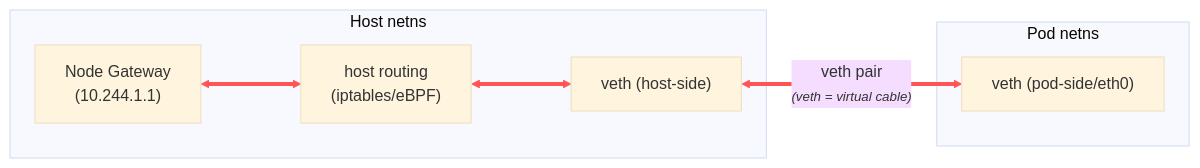
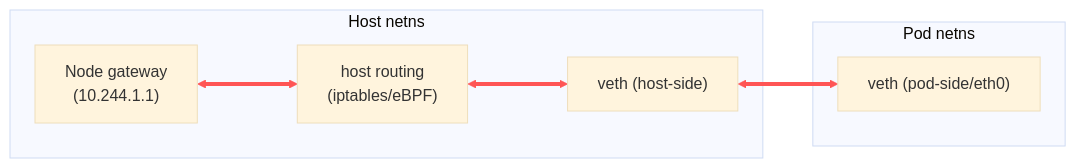
The fifth of 12 diagrams in _posts/2025-03-17-kubecon.md (SRodi/srodi.github.io), drawn with Mermaid (base theme) before and after one commit. The commit also changed other lines of this file, not shown here.

Commit message:
kubecon diagrams

````diff
--- a/_posts/2025-03-17-kubecon.md
+++ b/_posts/2025-03-17-kubecon.md
@@ -65,19 +88,19 @@
 ```mermaid
 graph LR       
     subgraph HostNS ["Host netns"]
-        NodeEth["Node Gateway <br>(10.244.1.1)"]
+        NodeEth["Node gateway <br>(10.244.1.1)"]
         CNI_Mechanism["host routing<br>(iptables/eBPF)"]
         Veth_Host["veth (host-side)"]
     end
 
     subgraph PodNS ["Pod netns"]
         Eth0_Pod["veth (pod-side/eth0)"]
     end
 
     %% Wiring
     NodeEth <---> CNI_Mechanism
     CNI_Mechanism <---> Veth_Host
-    Veth_Host <-- "veth pair<br><i><small>(veth = virtual cable)</small></i>" --> Eth0_Pod
+    Veth_Host <--> Eth0_Pod
     %% Highlight the packet flow
     linkStyle 0,1,2 stroke:#ff5555,stroke-width:4px;
 ```
````
